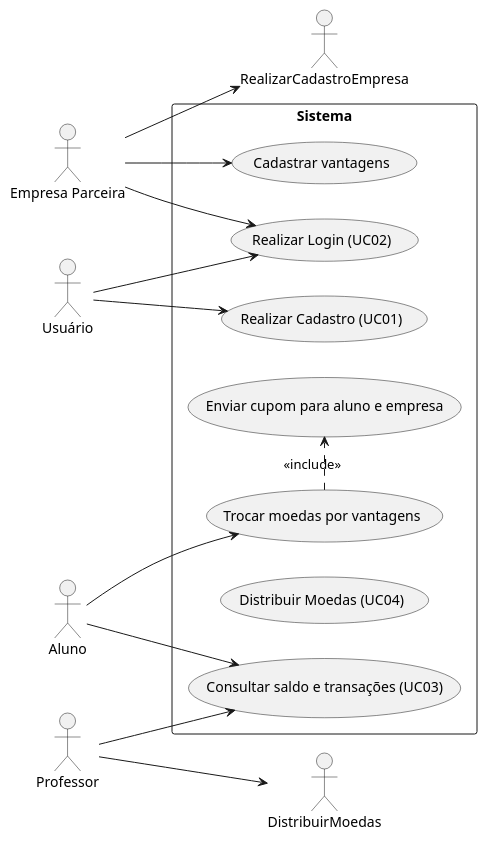
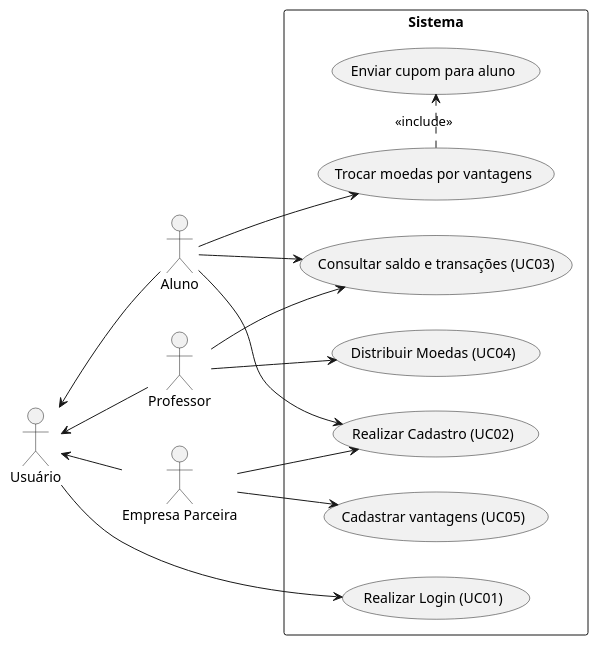
Before and after one commit to milenalara/sistema-moeda-estudantil: the diagram in project/docs/UserCaseDiagram.puml, drawn with PlantUML.

Commit message:
diagrama de caso de uso atualizado

```diff
--- a/project/docs/UserCaseDiagram.puml
+++ b/project/docs/UserCaseDiagram.puml
@@ -1,36 +1,41 @@
 @startuml
 left to right direction
 
 actor "Usuário" as usuario
 actor "Aluno" as aluno
 actor "Professor" as professor
 actor "Empresa Parceira" as empresa
 
 rectangle Sistema {
-    usecase "Realizar Cadastro (UC01)" as UC01
-    usecase "Realizar Login (UC02)" as UC02
+    usecase "Realizar Login (UC01)" as UC01
+    usecase "Realizar Cadastro (UC02)" as UC02
 
     usecase "Consultar saldo e transações (UC03)" as UC03
 
     usecase "Distribuir Moedas (UC04)" as UC04
 
-    usecase "Cadastrar vantagens" as CadastrarVantagem
-    usecase "Trocar moedas por vantagens" as TrocarMoedas
-    usecase "Enviar cupom para aluno e empresa" as EnviarCupom
+    usecase "Cadastrar vantagens (UC05)" as UC05
+    usecase "Trocar moedas por vantagens" as UC06
+    usecase "Enviar cupom para aluno" as UC07
 }
 
+
+usuario <-- aluno
+usuario <-- professor
+usuario <-- empresa
+
 usuario --> UC01
-usuario --> UC02
+
+aluno --> UC02
 aluno --> UC03
-aluno --> TrocarMoedas
+professor --> UC03
+professor --> UC04
+empresa --> UC02
 
-professor --> DistribuirMoedas
-professor --> UC03
+aluno --> UC06
 
-empresa --> RealizarCadastroEmpresa
-empresa --> UC02
-empresa --> CadastrarVantagem
+empresa --> UC05
 
-TrocarMoedas .> EnviarCupom : <<include>>
+UC06 .> UC07 : <<include>>
 
 @enduml
```
